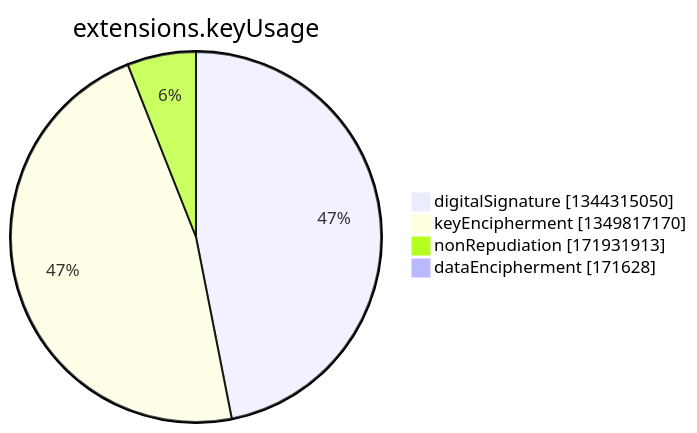
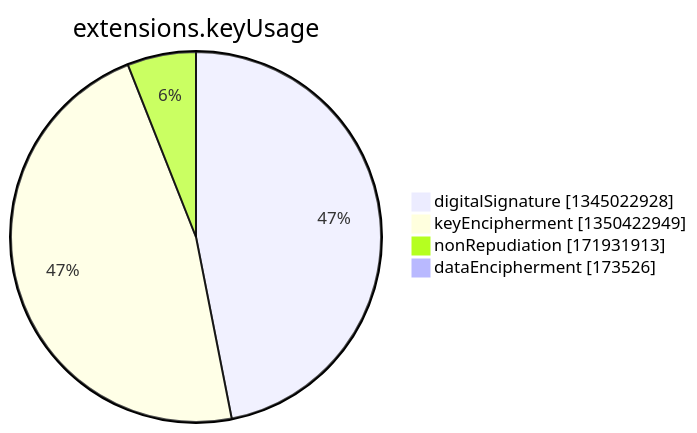
One commit to christiankrug/ctmonitor_visualization changed the seventh of 15 diagrams in argon2022/README.md. Above: the diagram before and after it, drawn with Mermaid. The commit also changed other lines of this file, not shown here.

````diff
--- a/argon2022/README.md
+++ b/argon2022/README.md
@@ -2750,8 +2750,8 @@
 ```mermaid
 pie showData
 title extensions.keyUsage
-"digitalSignature" :1344315050
-"keyEncipherment" :1349817170
+"digitalSignature" :1345022928
+"keyEncipherment" :1350422949
 "nonRepudiation" :171931913
-"dataEncipherment" :171628
+"dataEncipherment" :173526
 ```
````
